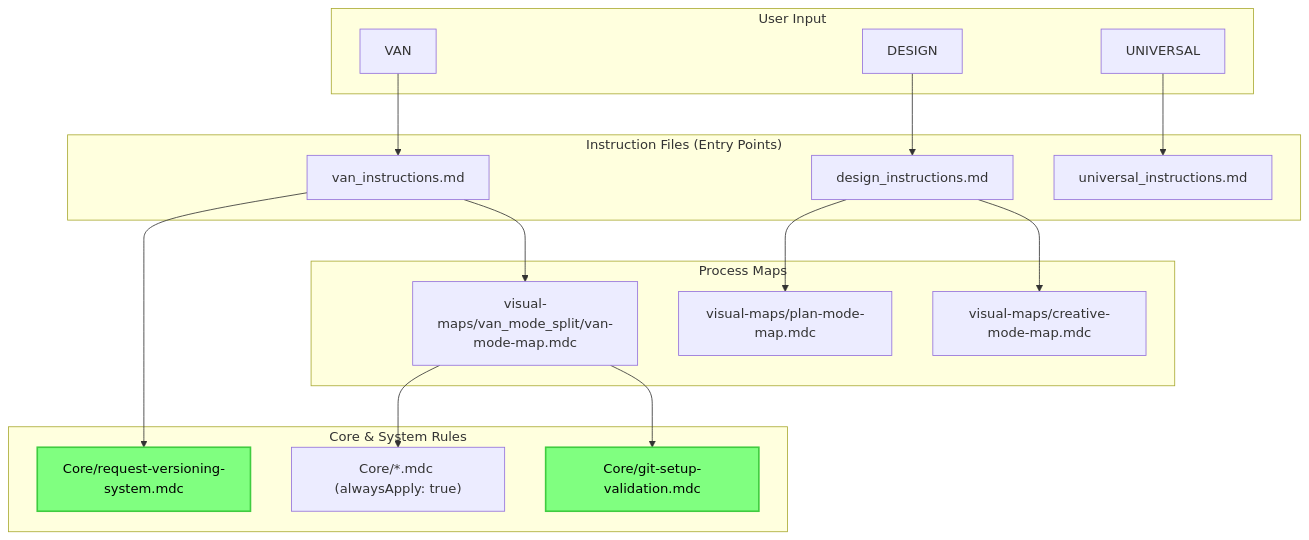
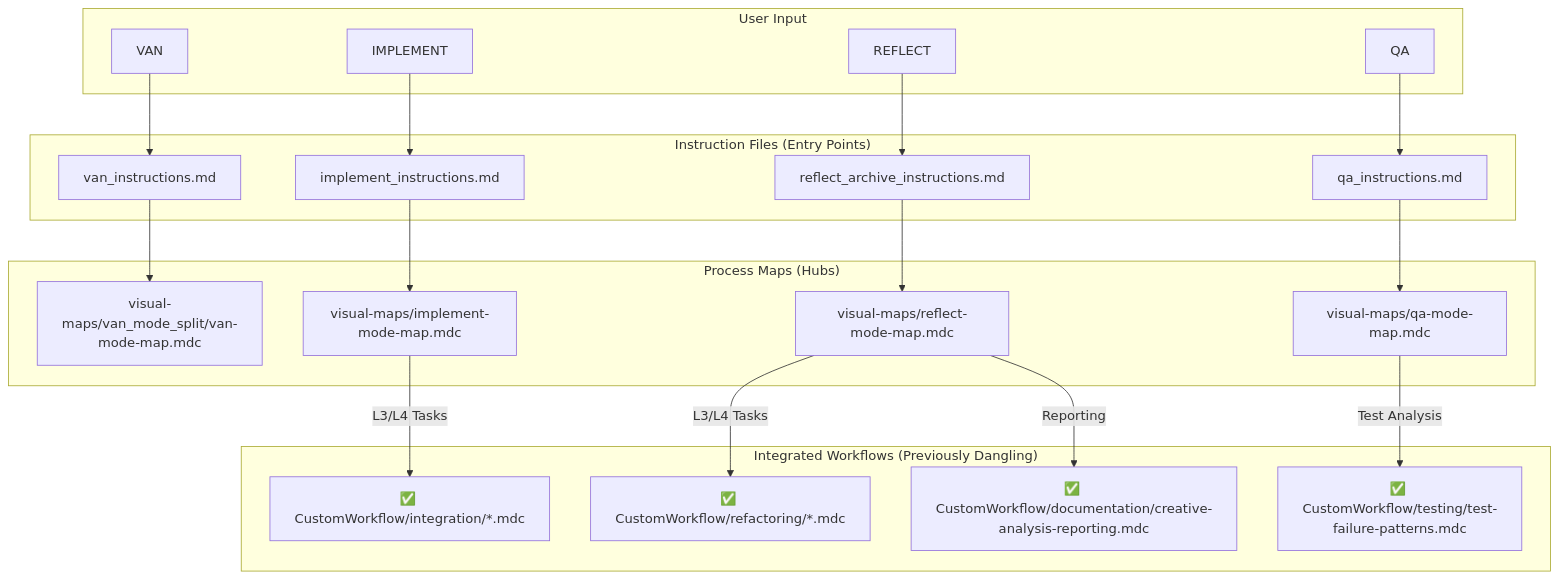
The first of 2 diagrams in info/info_1.md (vanzan01/cursor-memory-bank), drawn with Mermaid before and after one commit. The commit also changed other lines of this file and 11 other files, not shown here.

````diff
--- a/info/info_1.md
+++ b/info/info_1.md
@@ -35,42 +37,46 @@
 ```mermaid
 graph TD
     subgraph "User Input"
         U_VAN["`VAN`"]
-        U_DESIGN["`DESIGN`"]
-        U_UNIVERSAL["`UNIVERSAL`"]
+        U_IMPLEMENT["`IMPLEMENT`"]
+        U_REFLECT["`REFLECT`"]
+        U_QA["`QA`"]
     end
 
     subgraph "Instruction Files (Entry Points)"
         I_VAN["van_instructions.md"]
-        I_DESIGN["design_instructions.md"]
-        I_UNIVERSAL["universal_instructions.md"]
+        I_IMPLEMENT["implement_instructions.md"]
+        I_REFLECT["reflect_archive_instructions.md"]
+        I_QA["qa_instructions.md"]
     end
 
-    subgraph "Core & System Rules"
-        CoreRules["Core/*.mdc (alwaysApply: true)"]
-        Versioning["Core/request-versioning-system.mdc"]
-        GitValidation["Core/git-setup-validation.mdc"]
+    subgraph "Process Maps (Hubs)"
+        VM_VAN["visual-maps/van_mode_split/van-mode-map.mdc"]
+        VM_IMPLEMENT["visual-maps/implement-mode-map.mdc"]
+        VM_REFLECT["visual-maps/reflect-mode-map.mdc"]
+        VM_QA["visual-maps/qa-mode-map.mdc"]
     end
 
-    subgraph "Process Maps"
-        VM_VAN_Split["visual-maps/van_mode_split/van-mode-map.mdc"]
-        VM_PLAN["visual-maps/plan-mode-map.mdc"]
-        VM_CREATIVE["visual-maps/creative-mode-map.mdc"]
+    subgraph "Integrated Workflows (Previously Dangling)"
+        IntegrationWF["✅ CustomWorkflow/integration/*.mdc"]
+        RefactoringWF["✅ CustomWorkflow/refactoring/*.mdc"]
+        AdvancedTestingWF["✅ CustomWorkflow/testing/test-failure-patterns.mdc"]
+        AdvancedDocsWF["✅ CustomWorkflow/documentation/creative-analysis-reporting.mdc"]
     end
 
     U_VAN --> I_VAN
-    U_DESIGN --> I_DESIGN
-    U_UNIVERSAL --> I_UNIVERSAL
+    U_IMPLEMENT --> I_IMPLEMENT
+    U_REFLECT --> I_REFLECT
+    U_QA --> I_QA
 
-    I_VAN --> Versioning
-    I_VAN --> VM_VAN_Split
+    I_VAN --> VM_VAN
+    I_IMPLEMENT --> VM_IMPLEMENT
+    I_REFLECT --> VM_REFLECT
+    I_QA --> VM_QA
 
-    I_DESIGN --> VM_PLAN
-    I_DESIGN --> VM_CREATIVE
-
-    VM_VAN_Split --> CoreRules
-    VM_VAN_Split --> GitValidation
-
-    style Versioning fill:#80ff80,stroke:#40cc40,color:black,stroke-width:2px
-    style GitValidation fill:#80ff80,stroke:#40cc40,color:black,stroke-width:2px
+    %% NEW INTEGRATIONS
+    VM_IMPLEMENT -- "L3/L4 Tasks" --> IntegrationWF
+    VM_REFLECT -- "L3/L4 Tasks" --> RefactoringWF
+    VM_REFLECT -- "Reporting" --> AdvancedDocsWF
+    VM_QA -- "Test Analysis" --> AdvancedTestingWF
 ```
````
